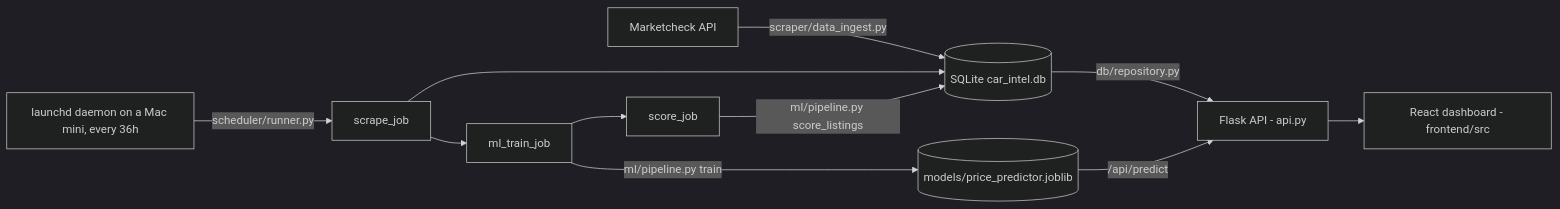
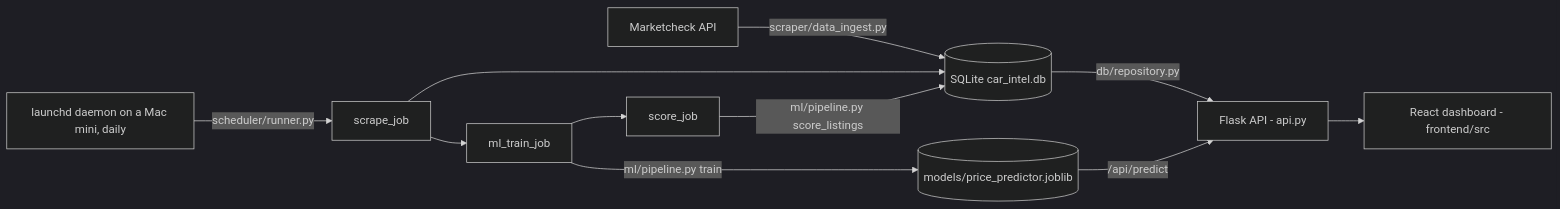
The diagram in README.md (dpark2380/car-price-predictor), drawn with Mermaid (dark theme) before and after one commit. The commit also changed other lines of this file and 3 other files, not shown here.

First line of the commit message:
Run the pipeline daily instead of every 36 hours

````diff
--- a/README.md
+++ b/README.md
@@ -50,13 +50,13 @@
 ```mermaid
 flowchart LR
     MC[Marketcheck API] -->|scraper/data_ingest.py| DB[(SQLite car_intel.db)]
-    LD[launchd daemon on a Mac mini, every 36h] -->|scheduler/runner.py| SCR
+    LD[launchd daemon on a Mac mini, daily] -->|scheduler/runner.py| SCR
     SCR[scrape_job] --> DB
     SCR --> TRAIN[ml_train_job]
     TRAIN -->|ml/pipeline.py train| MODEL[(models/price_predictor.joblib)]
     TRAIN --> SCORE[score_job]
     SCORE -->|ml/pipeline.py score_listings| DB
     DB -->|db/repository.py| API[Flask API - api.py]
     MODEL -->|/api/predict| API
     API --> WEB[React dashboard - frontend/src]
 ```
````
